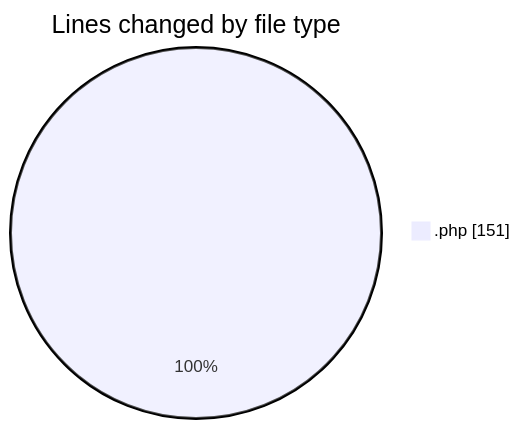
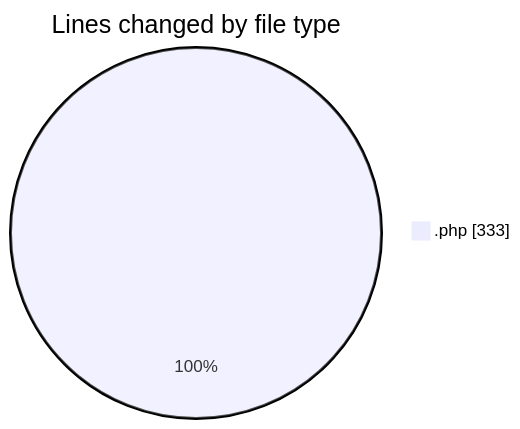
Before and after one commit to idhammustaqopulfikri/code-tracking: the first of 2 diagrams in 2025-06-07/studio-backend/README.md, drawn with Mermaid. The commit also changed other lines of this file and 1 other file, not shown here.

````diff
--- a/2025-06-07/studio-backend/README.md
+++ b/2025-06-07/studio-backend/README.md
@@ -21,5 +23,5 @@
 ```mermaid
 pie showData
 title Lines changed by file type
-".php" : 151
+".php" : 333
 ```
````
